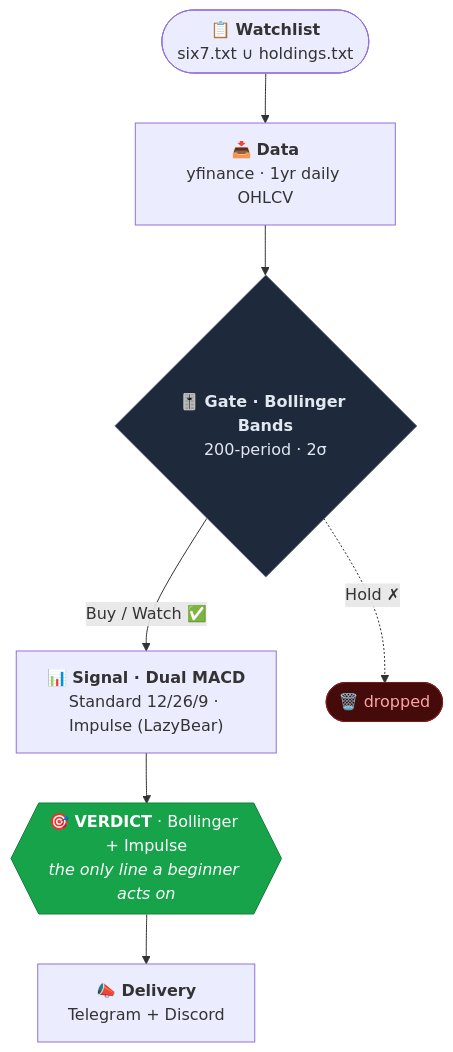
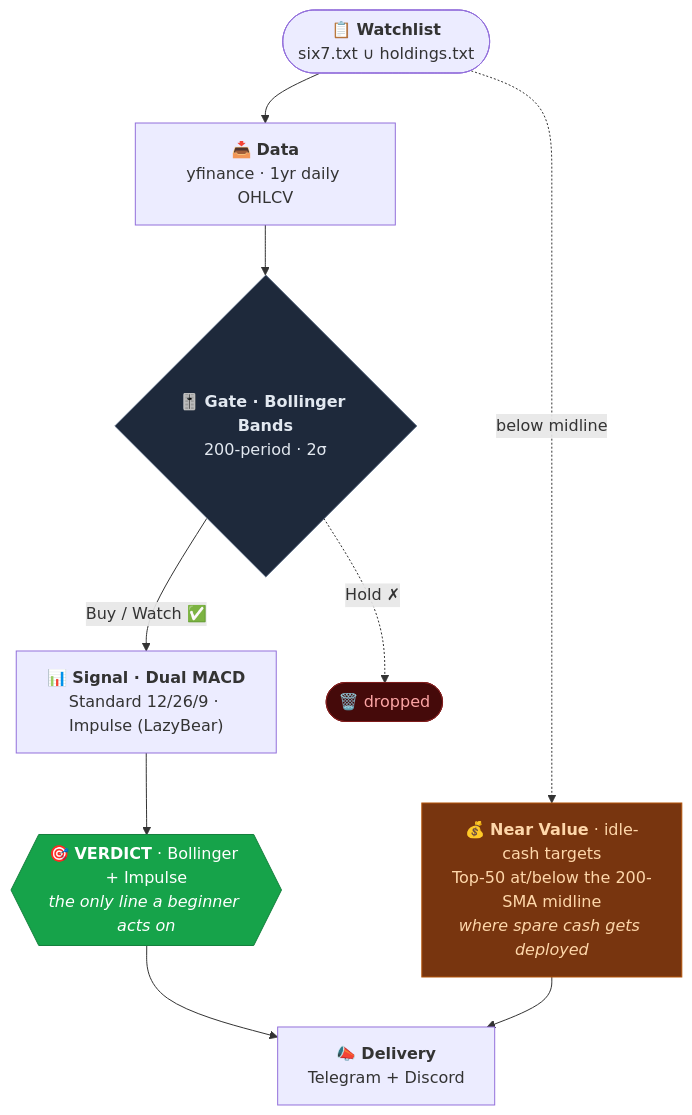
Before and after one commit to 0xCaretaker/Dip-Mafia: the diagram in README.md, drawn with Mermaid. The commit also changed other lines of this file and 1 other file, not shown here.

First line of the commit message:
docs+bot: how-to-act playbook + surface idle-cash deployment in README

````diff
--- a/README.md
+++ b/README.md
@@ -19,22 +19,27 @@
 ```mermaid
 flowchart TD
     A(["📋 <b>Watchlist</b><br/>six7.txt ∪ holdings.txt"])
     B["📥 <b>Data</b><br/>yfinance · 1yr daily OHLCV"]
     C{"🎚️ <b>Gate · Bollinger Bands</b><br/>200-period · 2σ"}
     D["📊 <b>Signal · Dual MACD</b><br/>Standard 12/26/9 · Impulse (LazyBear)"]
     V{{"🎯 <b>VERDICT</b> · Bollinger + Impulse<br/><i>the only line a beginner acts on</i>"}}
+    N["💰 <b>Near Value</b> · idle-cash targets<br/>Top-50 at/below the 200-SMA midline<br/><i>where spare cash gets deployed</i>"]
     T["📣 <b>Delivery</b><br/>Telegram + Discord"]
     X(["🗑️ dropped"])
 
     A --> B --> C
+    A -.->|"below midline"| N
     C -->|"Buy / Watch ✅"| D
     C -.->|"Hold ✗"| X
     D --> V --> T
+    N --> T
 
     classDef gate fill:#1e293b,stroke:#64748b,color:#e2e8f0;
     classDef verdict fill:#16a34a,stroke:#15803d,color:#ffffff;
+    classDef cash fill:#78350f,stroke:#b45309,color:#fed7aa;
     classDef drop fill:#450a0a,stroke:#7f1d1d,color:#fca5a5;
     class C gate;
     class V verdict;
+    class N cash;
     class X drop;
 ```
````
